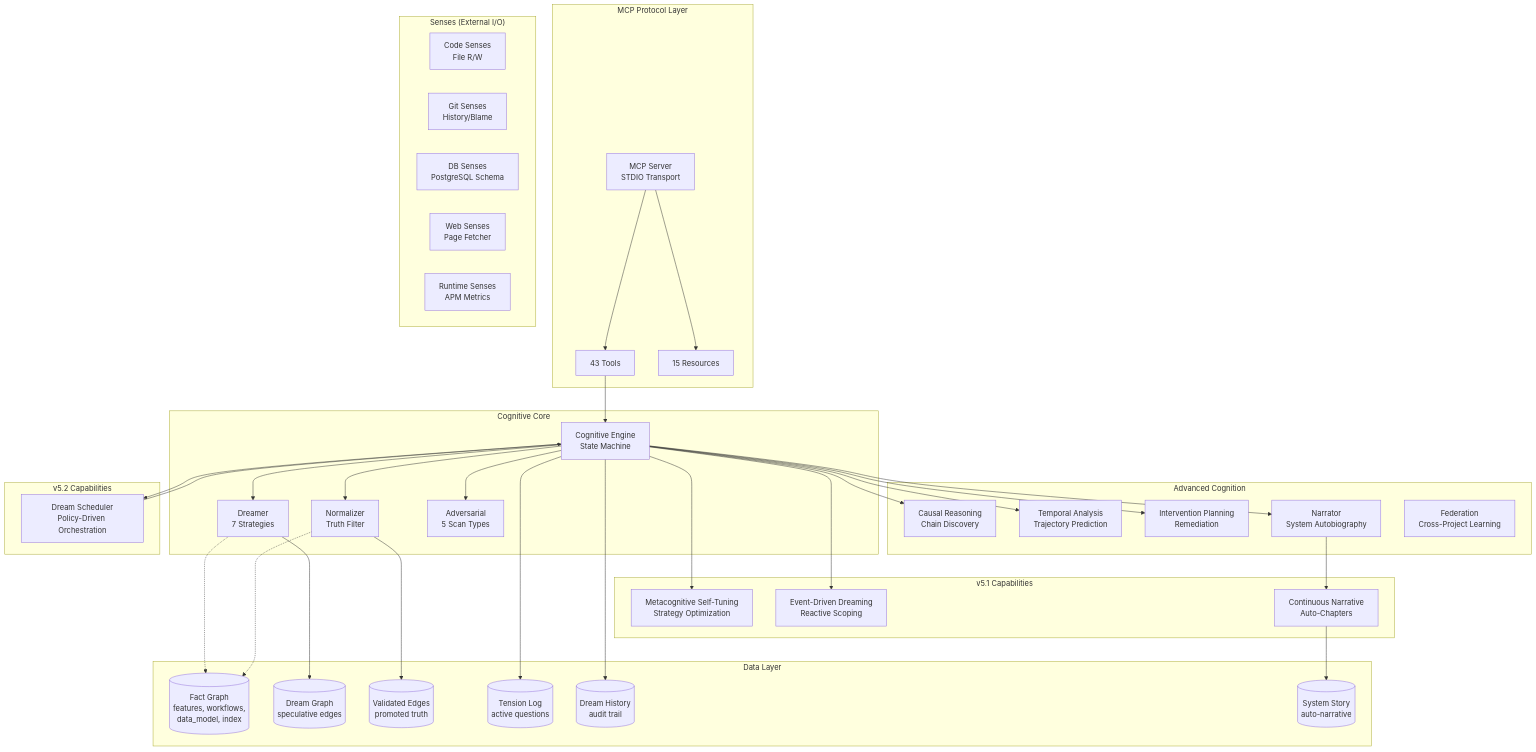
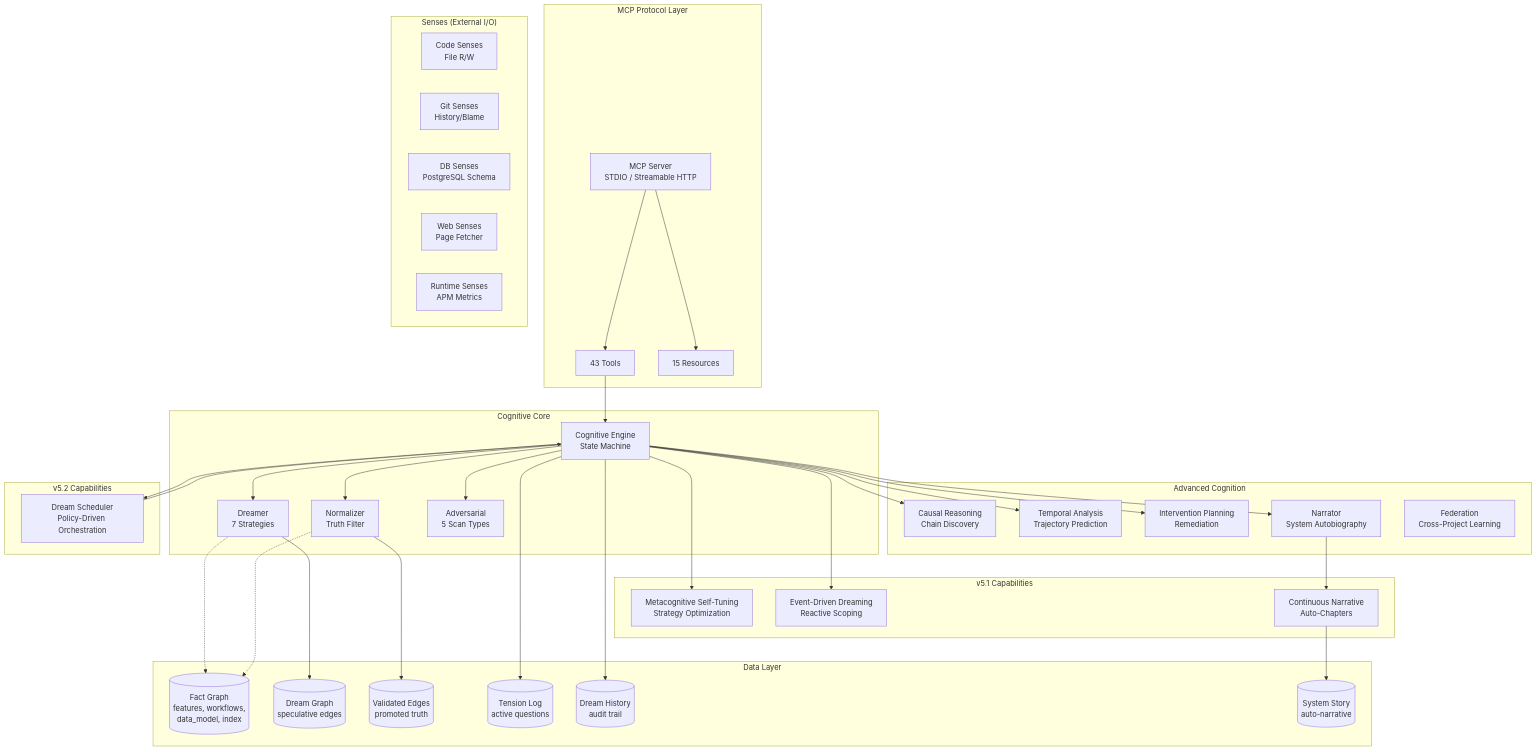
One commit to mmethodz/dreamgraph changed the first of 2 diagrams in docs/architecture.md. Above: the diagram before and after it, drawn with Mermaid. The commit also changed other lines of this file and 8 other files, not shown here.

Commit message:
feature: Dual transport modes . http/stdio

````diff
--- a/docs/architecture.md
+++ b/docs/architecture.md
@@ -59,73 +59,73 @@
 ```mermaid
 graph TB
     subgraph "MCP Protocol Layer"
-        Server["MCP Server<br/>STDIO Transport"]
+        Server["MCP Server<br/>STDIO / Streamable HTTP"]
         Tools["43 Tools"]
         Resources["15 Resources"]
     end
 
     subgraph "Cognitive Core"
         Engine["Cognitive Engine<br/>State Machine"]
         Dreamer["Dreamer<br/>7 Strategies"]
         Normalizer["Normalizer<br/>Truth Filter"]
         Adversarial["Adversarial<br/>5 Scan Types"]
     end
 
     subgraph "Advanced Cognition"
         Causal["Causal Reasoning<br/>Chain Discovery"]
         Temporal["Temporal Analysis<br/>Trajectory Prediction"]
         Intervention["Intervention Planning<br/>Remediation"]
         Narrator["Narrator<br/>System Autobiography"]
         Federation["Federation<br/>Cross-Project Learning"]
     end
 
     subgraph "v5.1 Capabilities"
         Metacognition["Metacognitive Self-Tuning<br/>Strategy Optimization"]
         EventRouter["Event-Driven Dreaming<br/>Reactive Scoping"]
         ContinuousNarrative["Continuous Narrative<br/>Auto-Chapters"]
     end
 
     subgraph "v5.2 Capabilities"
         Scheduler["Dream Scheduler<br/>Policy-Driven Orchestration"]
     end
 
     subgraph "Senses (External I/O)"
         Code["Code Senses<br/>File R/W"]
         Git["Git Senses<br/>History/Blame"]
         DB["DB Senses<br/>PostgreSQL Schema"]
         Web["Web Senses<br/>Page Fetcher"]
         Runtime["Runtime Senses<br/>APM Metrics"]
     end
 
     subgraph "Data Layer"
         FactGraph[("Fact Graph<br/>features, workflows,<br/>data_model, index")]
         DreamGraph[("Dream Graph<br/>speculative edges")]
         Validated[("Validated Edges<br/>promoted truth")]
         Tensions[("Tension Log<br/>active questions")]
         History[("Dream History<br/>audit trail")]
         Story[("System Story<br/>auto-narrative")]
     end
 
     Server --> Tools
     Server --> Resources
     Tools --> Engine
     Engine --> Dreamer
     Engine --> Normalizer
     Engine --> Adversarial
     Engine --> Causal
     Engine --> Temporal
     Engine --> Intervention
     Engine --> Narrator
     Engine --> Metacognition
     Engine --> EventRouter
     Engine --> Scheduler
     Narrator --> ContinuousNarrative
     Scheduler --> Engine
     Dreamer --> DreamGraph
     Normalizer --> Validated
     Engine --> Tensions
     Engine --> History
     ContinuousNarrative --> Story
     Dreamer -.-> FactGraph
     Normalizer -.-> FactGraph
 ```
````
